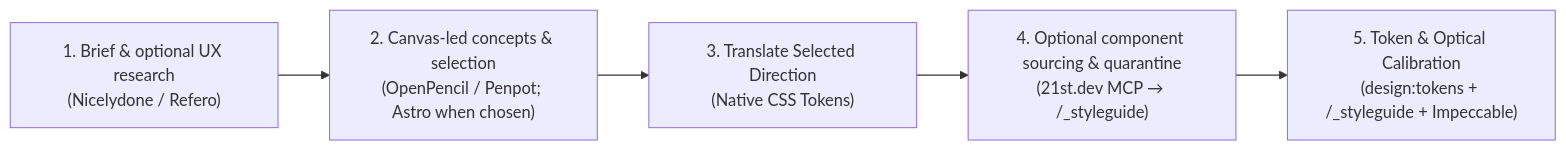
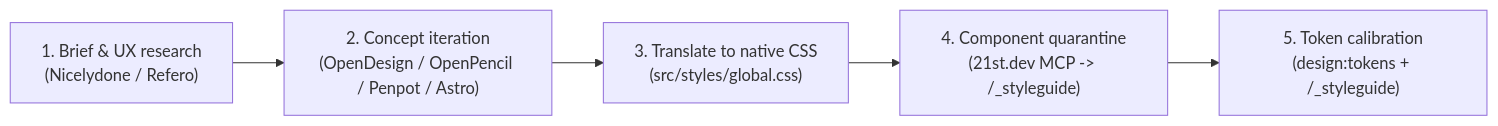
The diagram in docs/design-interchange.md (Vermeulen-Solutions/baseline), drawn with Mermaid before and after one commit. The commit also changed other lines of this file and 10 other files, not shown here.

````diff
--- a/docs/design-interchange.md
+++ b/docs/design-interchange.md
@@ -19,7 +27,7 @@
 ```mermaid
 flowchart LR
-    S1["1. Brief & optional UX research<br/>(Nicelydone / Refero)"] --> S2["2. Canvas-led concepts & selection<br/>(OpenPencil / Penpot; Astro when chosen)"]
-    S2 --> S3["3. Translate Selected Direction<br/>(Native CSS Tokens)"]
-    S3 --> S4["4. Optional component sourcing & quarantine<br/>(21st.dev MCP → /_styleguide)"]
-    S4 --> S5["5. Token & Optical Calibration<br/>(design:tokens + /_styleguide + Impeccable)"]
+    S1["1. Brief & UX research<br/>(Nicelydone / Refero)"] --> S2["2. Concept iteration<br/>(OpenDesign / OpenPencil / Penpot / Astro)"]
+    S2 --> S3["3. Translate to native CSS<br/>(src/styles/global.css)"]
+    S3 --> S4["4. Component quarantine<br/>(21st.dev MCP -> /_styleguide)"]
+    S4 --> S5["5. Token calibration<br/>(design:tokens + /_styleguide)"]
 ```
````
